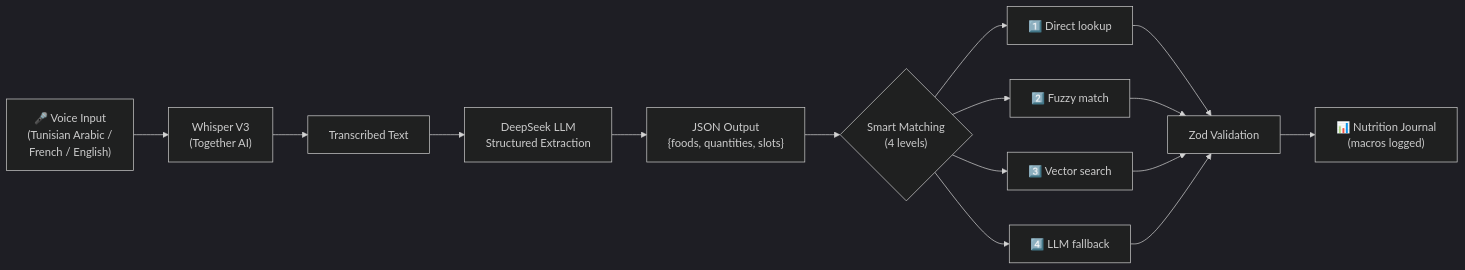
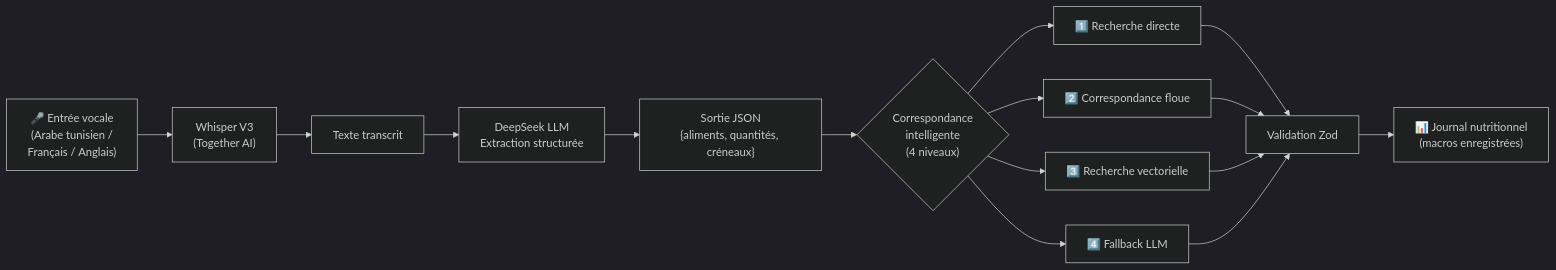
The seventh of 7 diagrams in README.md (Oussama-souissi024/Makelty-architecture-case-study), drawn with Mermaid (dark theme) before and after one commit. The commit also changed other lines of this file and 2 other files, not shown here.

````diff
--- a/README.md
+++ b/README.md
@@ -524,19 +528,19 @@
 ```mermaid
 flowchart LR
-    Audio["🎤 Voice Input\n(Tunisian Arabic /\nFrench / English)"] --> STT["Whisper V3\n(Together AI)"]
+    Audio["🎤 Entrée vocale\n(Arabe tunisien /\nFrançais / Anglais)"] --> STT["Whisper V3\n(Together AI)"]
 
-    STT --> Text["Transcribed Text"]
-    Text --> Extract["DeepSeek LLM\nStructured Extraction"]
+    STT --> Text["Texte transcrit"]
+    Text --> Extract["DeepSeek LLM\nExtraction structurée"]
 
-    Extract --> JSON["JSON Output\n{foods, quantities, slots}"]
+    Extract --> JSON["Sortie JSON\n{aliments, quantités, créneaux}"]
 
-    JSON --> Match{"Smart Matching\n(4 levels)"}
+    JSON --> Match{"Correspondance\nintelligente\n(4 niveaux)"}
 
-    Match --> L1["1️⃣ Direct lookup"]
-    Match --> L2["2️⃣ Fuzzy match"]
-    Match --> L3["3️⃣ Vector search"]
-    Match --> L4["4️⃣ LLM fallback"]
+    Match --> L1["1️⃣ Recherche directe"]
+    Match --> L2["2️⃣ Correspondance floue"]
+    Match --> L3["3️⃣ Recherche vectorielle"]
+    Match --> L4["4️⃣ Fallback LLM"]
 
-    L1 & L2 & L3 & L4 --> Zod["Zod Validation"]
-    Zod --> Log["📊 Nutrition Journal\n(macros logged)"]
+    L1 & L2 & L3 & L4 --> Zod["Validation Zod"]
+    Zod --> Log["📊 Journal nutritionnel\n(macros enregistrées)"]
 ```
````
